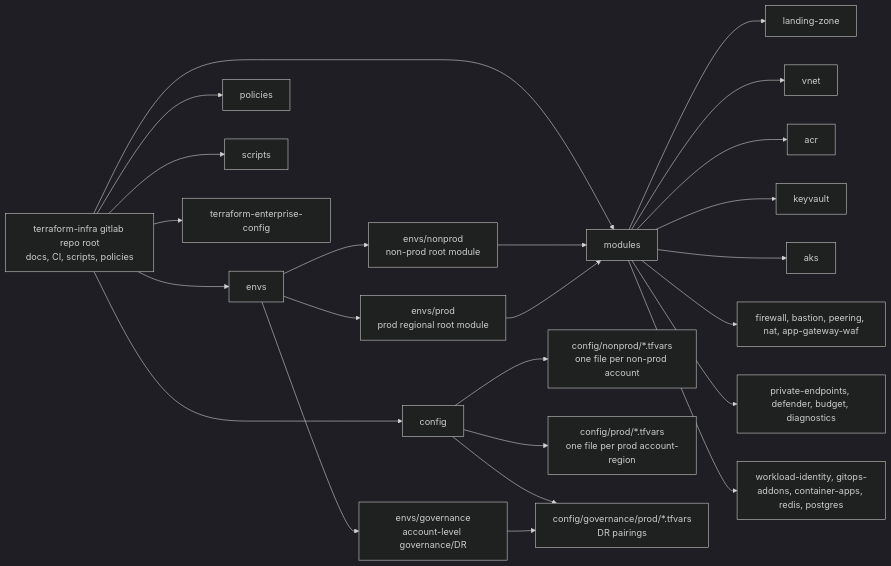
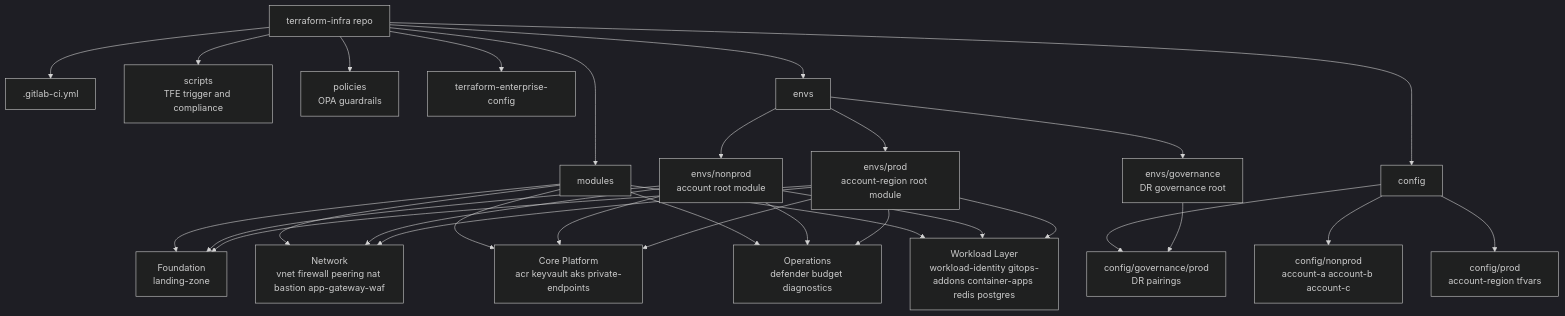
One commit to SagarDevExpo/terraform-infra changed the second of 7 diagrams in ARCHITECTURE.md. Above: the diagram before and after it, drawn with Mermaid (dark theme). The commit also changed other lines of this file and 1 other file, not shown here.

Commit message:
Add architecture mermaid diagrams

````diff
--- a/ARCHITECTURE.md
+++ b/ARCHITECTURE.md
@@ -33,30 +33,38 @@
 ```mermaid
-flowchart LR
-  Root[terraform-infra gitlab repo root<br/>docs, CI, scripts, policies] --> Envs[envs]
+flowchart TB
+  Root[terraform-infra repo] --> CI[.gitlab-ci.yml]
+  Root --> Scripts[scripts<br/>TFE trigger and compliance]
+  Root --> Policies[policies<br/>OPA guardrails]
+  Root --> TFEConfig[terraform-enterprise-config]
+  Root --> Envs[envs]
   Root --> Config[config]
   Root --> Modules[modules]
-  Root --> Policies[policies]
-  Root --> Scripts[scripts]
-  Root --> TFEConfig[terraform-enterprise-config]
 
-  Envs --> Nonprod[envs/nonprod<br/>non-prod root module]
-  Envs --> Prod[envs/prod<br/>prod regional root module]
-  Envs --> Governance[envs/governance<br/>account-level governance/DR]
+  Envs --> Nonprod[envs/nonprod<br/>account root module]
+  Envs --> Prod[envs/prod<br/>account-region root module]
+  Envs --> Governance[envs/governance<br/>DR governance root]
 
-  Config --> NPConfig[config/nonprod/*.tfvars<br/>one file per non-prod account]
-  Config --> ProdConfig[config/prod/*.tfvars<br/>one file per prod account-region]
-  Config --> GovConfig[config/governance/prod/*.tfvars<br/>DR pairings]
+  Config --> NPConfig[config/nonprod<br/>account-a account-b account-c]
+  Config --> ProdConfig[config/prod<br/>account-region tfvars]
+  Config --> GovConfig[config/governance/prod<br/>DR pairings]
 
-  Modules --> LZ[landing-zone]
-  Modules --> VNet[vnet]
-  Modules --> ACR[acr]
-  Modules --> KV[keyvault]
-  Modules --> AKS[aks]
-  Modules --> NetSec[firewall, bastion, peering, nat, app-gateway-waf]
-  Modules --> Platform[private-endpoints, defender, budget, diagnostics]
-  Modules --> Workloads[workload-identity, gitops-addons, container-apps, redis, postgres]
+  Modules --> Foundation[Foundation<br/>landing-zone]
+  Modules --> Network[Network<br/>vnet firewall peering nat bastion app-gateway-waf]
+  Modules --> Core[Core Platform<br/>acr keyvault aks private-endpoints]
+  Modules --> Ops[Operations<br/>defender budget diagnostics]
+  Modules --> Workloads[Workload Layer<br/>workload-identity gitops-addons container-apps redis postgres]
 
-  Nonprod --> Modules
-  Prod --> Modules
+  Nonprod --> Foundation
+  Nonprod --> Network
+  Nonprod --> Core
+  Nonprod --> Ops
+  Nonprod --> Workloads
+
+  Prod --> Foundation
+  Prod --> Network
+  Prod --> Core
+  Prod --> Ops
+  Prod --> Workloads
+
   Governance --> GovConfig
 ```
````
